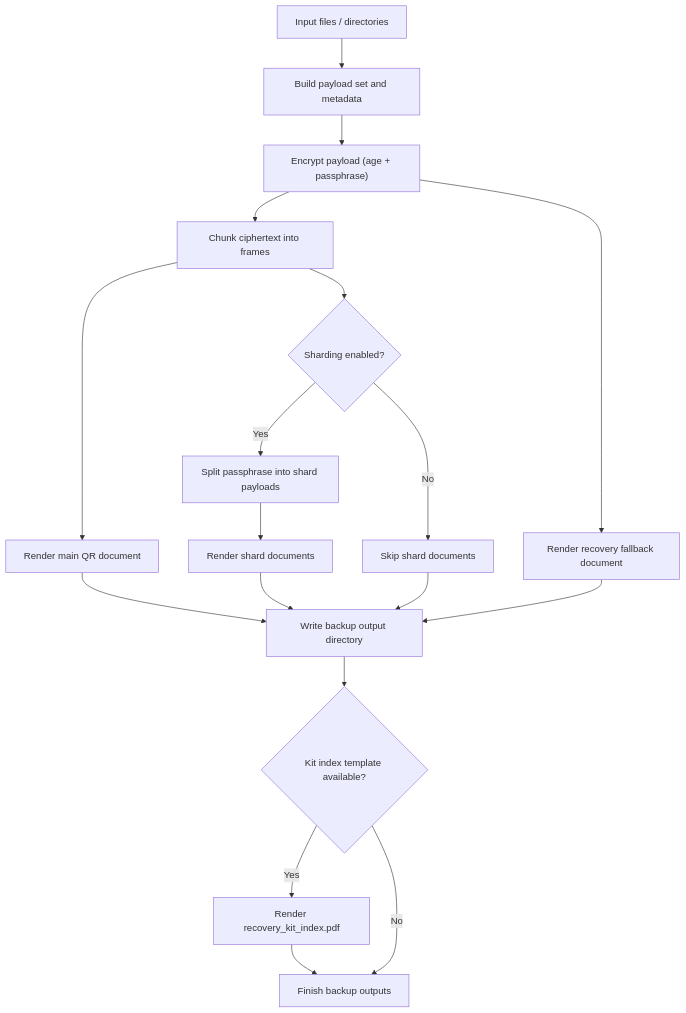
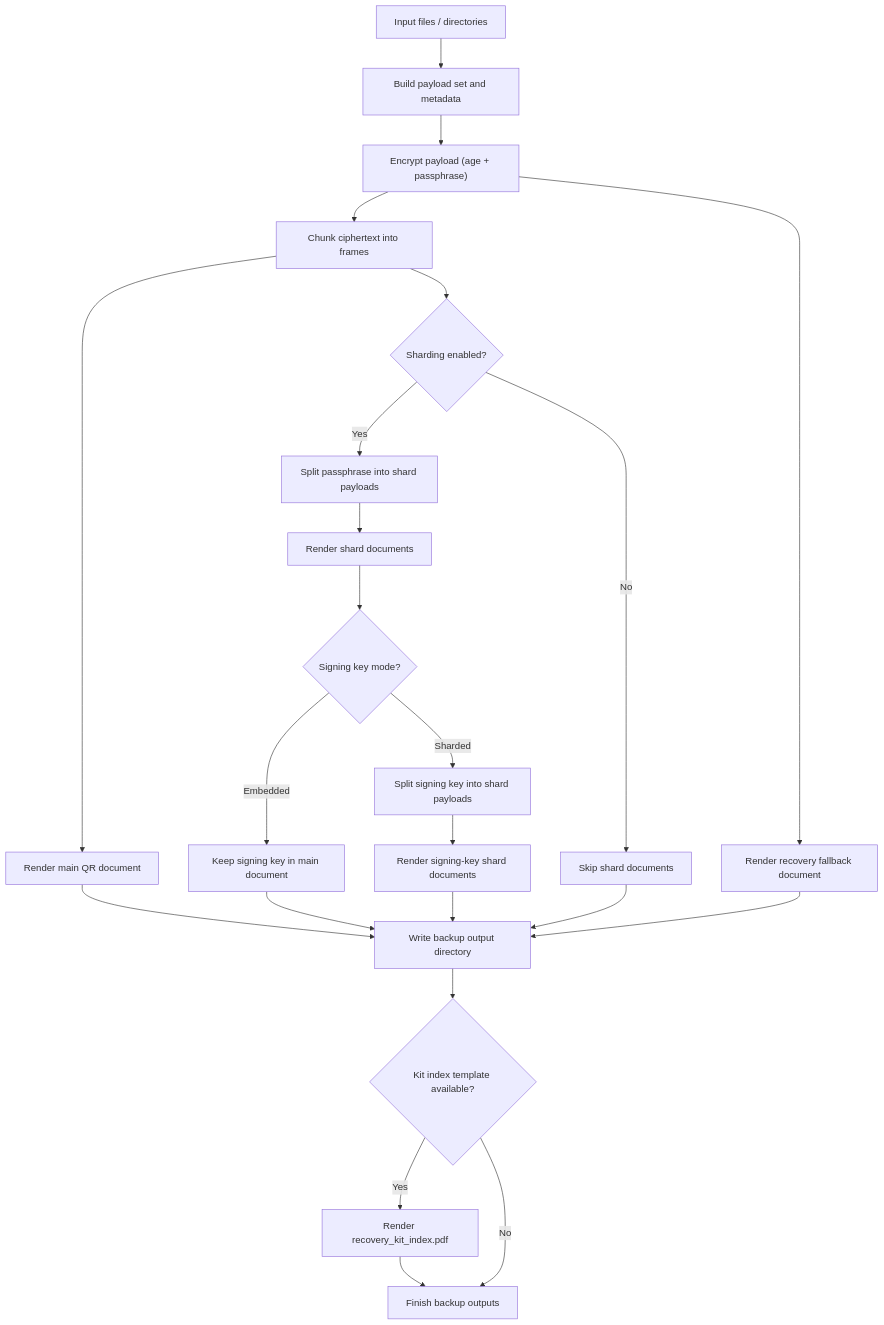
Before and after one commit to MinorGlitch/ethernity: the first of 2 diagrams in README.md, drawn with Mermaid.

Commit message:
docs(readme): include signing-key sharding in backup diagram

````diff
--- a/README.md
+++ b/README.md
@@ -345,20 +345,25 @@
 ```mermaid
 flowchart TD
     A["Input files / directories"] --> B["Build payload set and metadata"]
     B --> C["Encrypt payload (age + passphrase)"]
     C --> D["Chunk ciphertext into frames"]
     D --> E["Render main QR document"]
     C --> F["Render recovery fallback document"]
     D --> G{"Sharding enabled?"}
     G -->|Yes| H["Split passphrase into shard payloads"]
     H --> I["Render shard documents"]
-    G -->|No| J["Skip shard documents"]
-    E --> K["Write backup output directory"]
-    F --> K
-    I --> K
-    J --> K
-    K --> L{"Kit index template available?"}
-    L -->|Yes| M["Render recovery_kit_index.pdf"]
-    L -->|No| N["Finish backup outputs"]
-    M --> N
+    I --> J{"Signing key mode?"}
+    J -->|Embedded| K["Keep signing key in main document"]
+    J -->|Sharded| L["Split signing key into shard payloads"]
+    L --> M["Render signing-key shard documents"]
+    G -->|No| N["Skip shard documents"]
+    E --> O["Write backup output directory"]
+    F --> O
+    K --> O
+    M --> O
+    N --> O
+    O --> P{"Kit index template available?"}
+    P -->|Yes| Q["Render recovery_kit_index.pdf"]
+    P -->|No| R["Finish backup outputs"]
+    Q --> R
 ```
````
